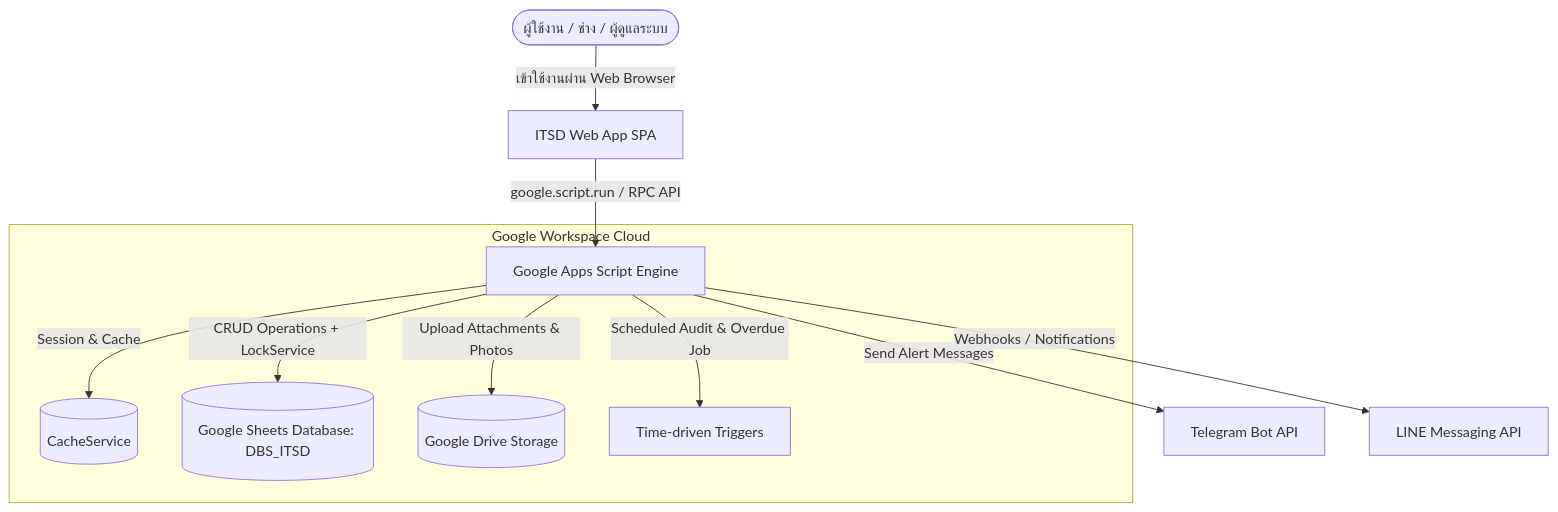
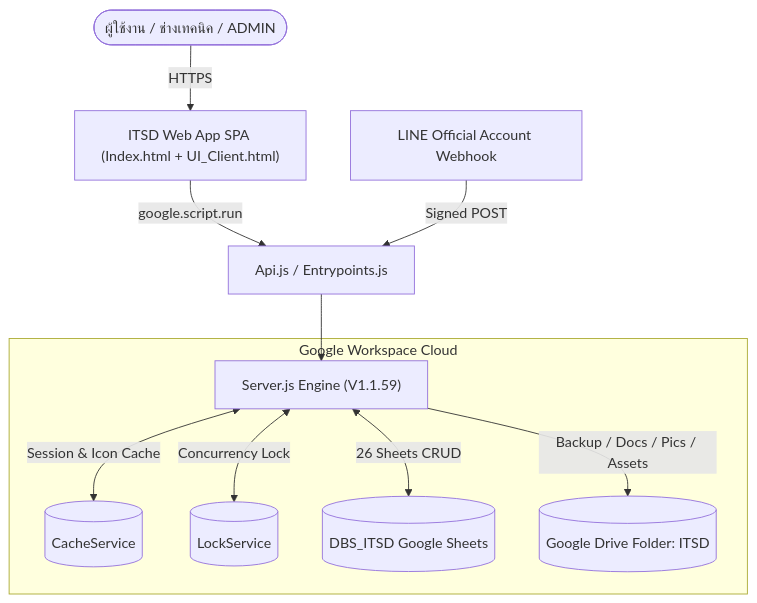
The first of 2 diagrams in README.md (longzedesign-dotcom/ITServiceDesk), drawn with Mermaid before and after one commit. The commit also changed other lines of this file and 18 other files, not shown here.

Commit message:
chore: unify ITSD V1.1.59 project headers, Drive/DBS_ITSD bindings, and complete documentation

````diff
--- a/README.md
+++ b/README.md
@@ -45,15 +59,15 @@
 ```mermaid
 flowchart TD
-    User([ผู้ใช้งาน / ช่าง / ผู้ดูแลระบบ]) -->|เข้าใช้งานผ่าน Web Browser| WebApp[ITSD Web App SPA]
-    WebApp -->|google.script.run / RPC API| Backend[Google Apps Script Engine]
-    
-    subgraph Google Workspace Cloud
-        Backend -->|Session & Cache| Cache[(CacheService)]
-        Backend -->|CRUD Operations + LockService| Sheets[(Google Sheets Database: DBS_ITSD)]
-        Backend -->|Upload Attachments & Photos| Drive[(Google Drive Storage)]
-        Backend -->|Scheduled Audit & Overdue Job| Triggers[Time-driven Triggers]
+    User(["ผู้ใช้งาน / ช่างเทคนิค / ADMIN"]) -->|HTTPS| WebApp["ITSD Web App SPA (Index.html + UI_Client.html)"]
+    WebApp -->|google.script.run| Facade["Api.js / Entrypoints.js"]
+    Facade --> Core["Server.js Engine (V1.1.59)"]
+
+    subgraph Google["Google Workspace Cloud"]
+        Core <-->|Session & Icon Cache| Cache[("CacheService")]
+        Core <-->|Concurrency Lock| Lock[("LockService")]
+        Core <-->|26 Sheets CRUD| Sheets[("DBS_ITSD Google Sheets")]
+        Core -->|Backup / Docs / Pics / Assets| Drive[("Google Drive Folder: ITSD")]
     end
 
-    Backend -->|Send Alert Messages| Telegram[Telegram Bot API]
-    Backend -->|Webhooks / Notifications| LINE[LINE Messaging API]
+    LINE["LINE Official Account Webhook"] -->|Signed POST| Facade
 ```
````
